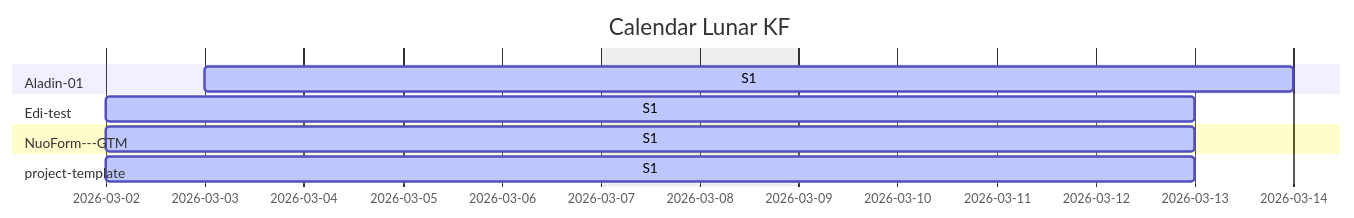
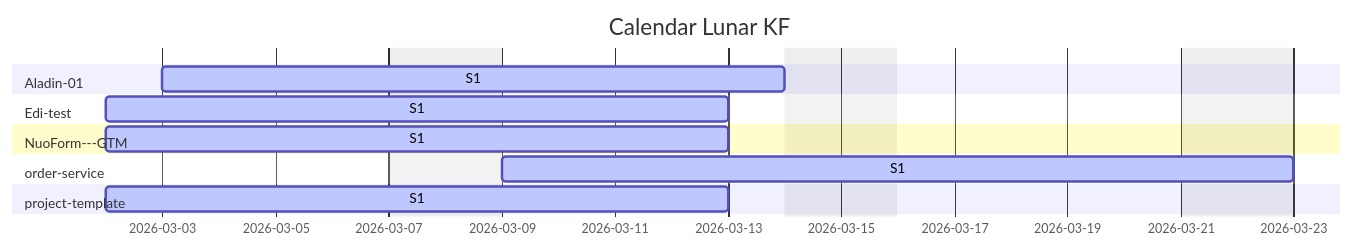
One commit to Katty-Fashion/kf-cpto changed the second of 2 diagrams in docs/unified-calendar.md. Above: the diagram before and after it, drawn with Mermaid. The commit also changed other lines of this file and 8 other files, not shown here.

````diff
--- a/docs/unified-calendar.md
+++ b/docs/unified-calendar.md
@@ -22,15 +22,17 @@
 ```mermaid
 gantt
     title Calendar Lunar KF
     dateFormat YYYY-MM-DD
     excludes weekends
 
     section Aladin-01
     S1 :active, 2026-03-03, 2026-03-14
     section Edi-test
     S1 :active, 2026-03-02, 2026-03-13
     section NuoForm---GTM
     S1 :active, 2026-03-02, 2026-03-13
+    section order-service
+    S1 :active, 2026-03-09, 2026-03-23
     section project-template
     S1 :active, 2026-03-02, 2026-03-13
 ```
````
